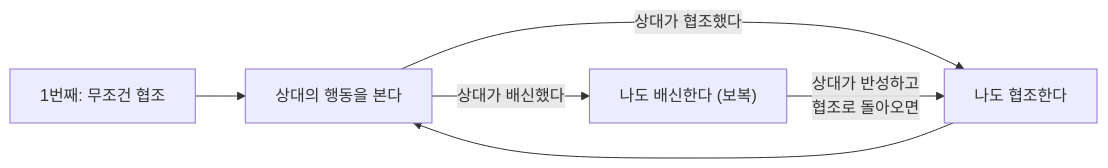
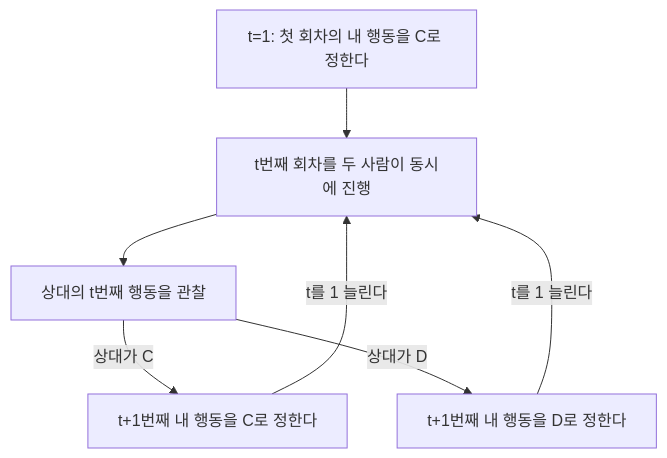
One commit to kenjinote/blog changed the second of 2 diagrams in content/post/囚人のジレンマ/index.ko.md. Above: the diagram before and after it, drawn with Mermaid. The commit also changed other lines of this file and 9 other files, not shown here.

````diff
--- a/content/post/囚人のジレンマ/index.ko.md
+++ b/content/post/囚人のジレンマ/index.ko.md
@@ -132,10 +133,9 @@
 ```mermaid
-graph LR
-    Start["1번째: 무조건 협조"] --> Round2
-    
-    Round2["상대의 행동을 본다"] -->|"상대가 협조했다"| Act_Coop["나도 협조한다"]
-    Round2 -->|"상대가 배신했다"| Act_Betray["나도 배신한다 (보복)"]
-    
-    Act_Coop --> Round2
-    Act_Betray -->|"상대가 반성하고<br>협조로 돌아오면"| Act_Coop
+graph TD
+    Start["t=1: 첫 회차의 내 행동을 C로 정한다"] --> Play["t번째 회차를 두 사람이 동시에 진행"]
+    Play --> Observe["상대의 t번째 행동을 관찰"]
+    Observe -->|"상대가 C"| NextC["t+1번째 내 행동을 C로 정한다"]
+    Observe -->|"상대가 D"| NextD["t+1번째 내 행동을 D로 정한다"]
+    NextC -->|"t를 1 늘린다"| Play
+    NextD -->|"t를 1 늘린다"| Play
 ```
````
